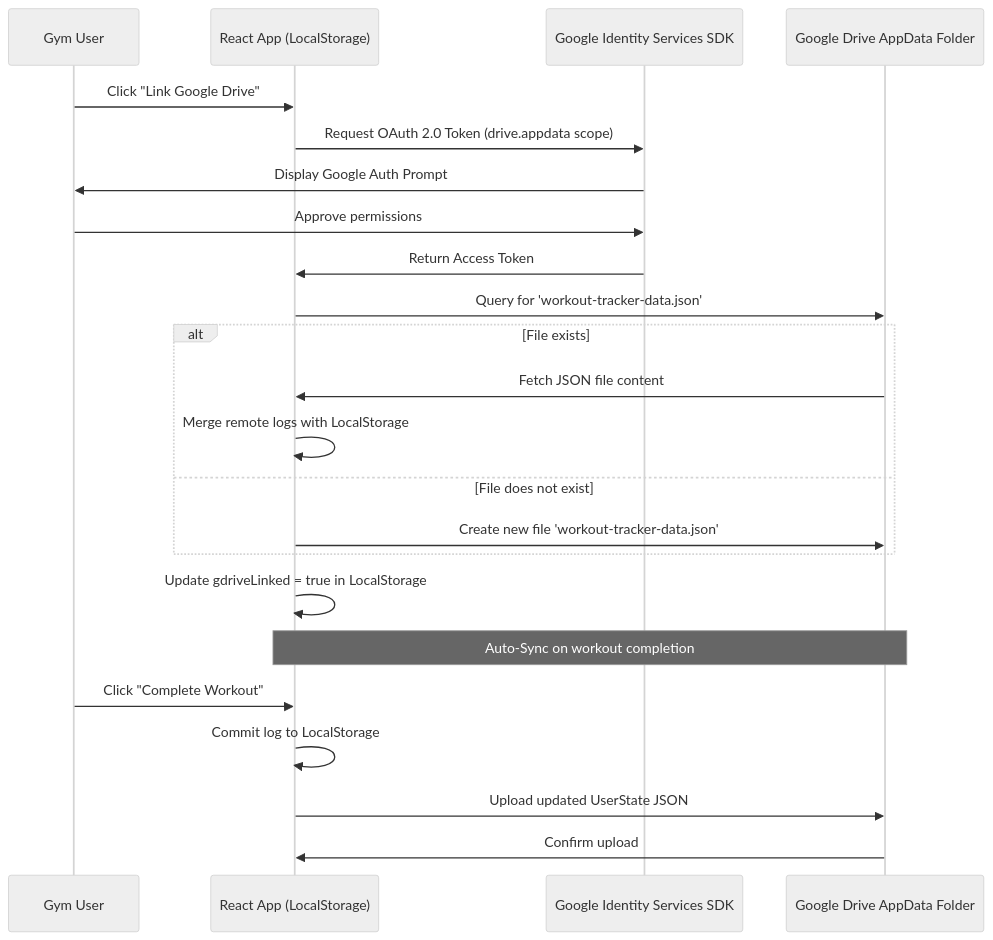
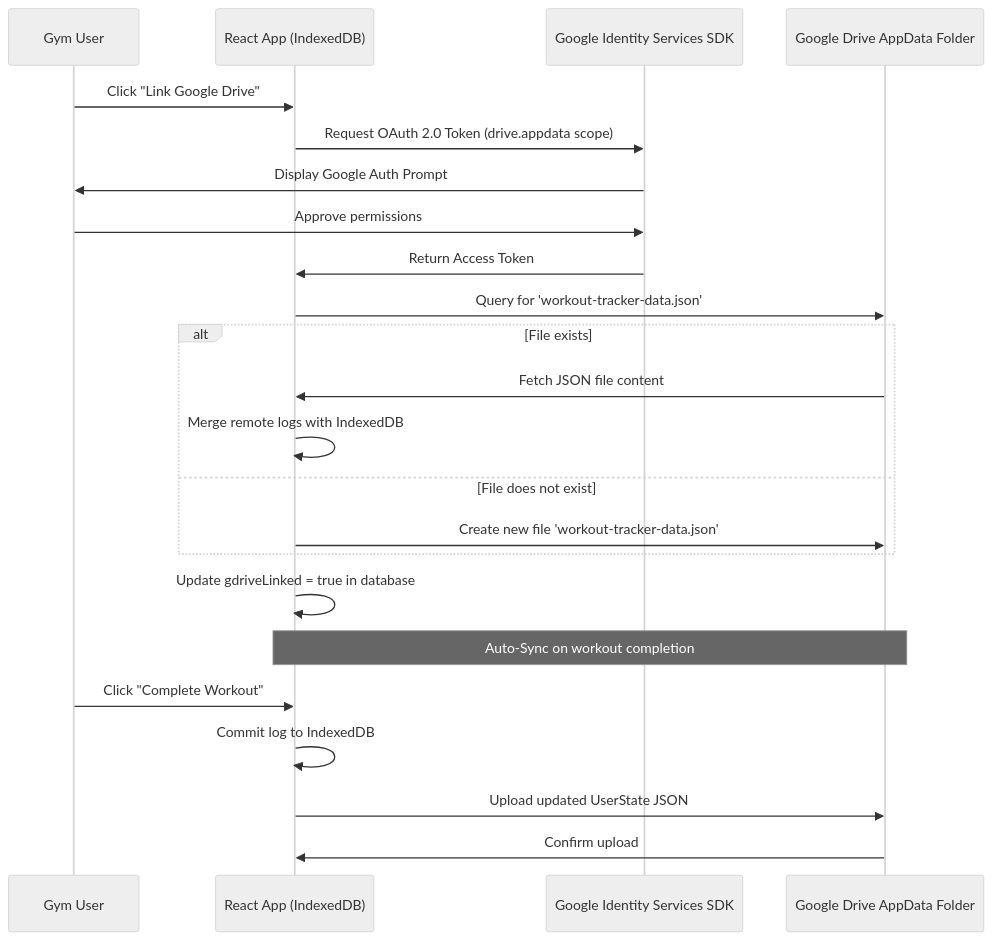
One commit to mike-boyle/workout-tracker changed the diagram in README.md. Above: the diagram before and after it, drawn with Mermaid (neutral theme). The commit also changed other lines of this file and 16 other files, not shown here.

````diff
--- a/README.md
+++ b/README.md
@@ -137,26 +192,26 @@
 ```mermaid
 sequenceDiagram
     participant User as Gym User
-    participant App as React App (LocalStorage)
+    participant App as React App (IndexedDB)
     participant GIS as Google Identity Services SDK
     participant Drive as Google Drive AppData Folder
 
     User->>App: Click "Link Google Drive"
     App->>GIS: Request OAuth 2.0 Token (drive.appdata scope)
     GIS->>User: Display Google Auth Prompt
     User->>GIS: Approve permissions
     GIS->>App: Return Access Token
     App->>Drive: Query for 'workout-tracker-data.json'
     alt File exists
         Drive->>App: Fetch JSON file content
-        App->>App: Merge remote logs with LocalStorage
+        App->>App: Merge remote logs with IndexedDB
     else File does not exist
         App->>Drive: Create new file 'workout-tracker-data.json'
     end
-    App->>App: Update gdriveLinked = true in LocalStorage
+    App->>App: Update gdriveLinked = true in database
     Note over App,Drive: Auto-Sync on workout completion
     User->>App: Click "Complete Workout"
-    App->>App: Commit log to LocalStorage
+    App->>App: Commit log to IndexedDB
     App->>Drive: Upload updated UserState JSON
     Drive->>App: Confirm upload
 ```
````
